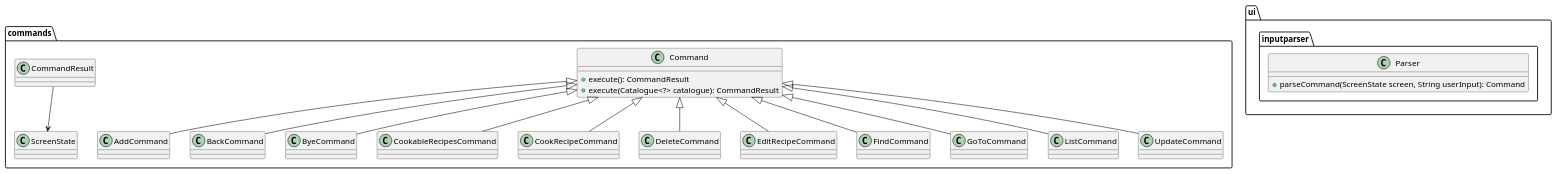
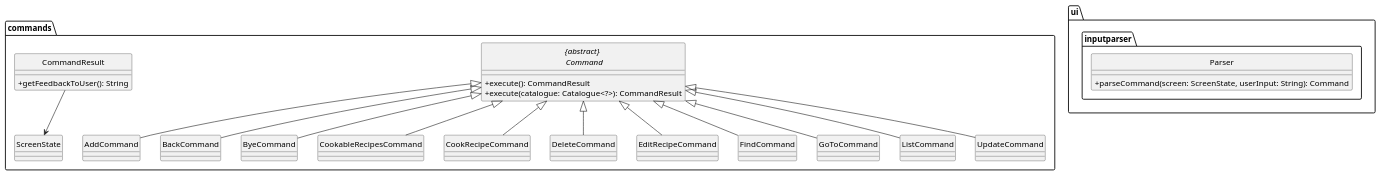
The diagram in docs/diagrams/logic.puml (ChingWhee/tp), drawn with PlantUML before and after one commit. The commit also changed 3 other files, not shown here.

Commit message:
Update DG UML diagrams

```diff
--- a/docs/diagrams/logic.puml
+++ b/docs/diagrams/logic.puml
@@ -1,26 +1,50 @@
 @startuml
+hide circle
+skinparam classAttributeIconSize 0
+
 package "commands" {
-    class Command {
-        +execute(): CommandResult
-        +execute(Catalogue<?> catalogue): CommandResult
+
+    abstract class "{abstract} \n Command" {
+        + execute(): CommandResult
+        + execute(catalogue: Catalogue<?>): CommandResult
     }
-    Command <|-- AddCommand
-    Command <|-- BackCommand
-    Command <|-- ByeCommand
-    Command <|-- CookableRecipesCommand
-    Command <|-- CookRecipeCommand
-    Command <|-- DeleteCommand
-    Command <|-- EditRecipeCommand
-    Command <|-- FindCommand
-    Command <|-- GoToCommand
-    Command <|-- ListCommand
-    Command <|-- UpdateCommand
+
+    class AddCommand
+    class BackCommand
+    class ByeCommand
+    class CookableRecipesCommand
+    class CookRecipeCommand
+    class DeleteCommand
+    class EditRecipeCommand
+    class FindCommand
+    class GoToCommand
+    class ListCommand
+    class UpdateCommand
+
+    "{abstract} \n Command" <|-- AddCommand
+    "{abstract} \n Command" <|-- BackCommand
+    "{abstract} \n Command" <|-- ByeCommand
+    "{abstract} \n Command" <|-- CookableRecipesCommand
+    "{abstract} \n Command" <|-- CookRecipeCommand
+    "{abstract} \n Command" <|-- DeleteCommand
+    "{abstract} \n Command" <|-- EditRecipeCommand
+    "{abstract} \n Command" <|-- FindCommand
+    "{abstract} \n Command" <|-- GoToCommand
+    "{abstract} \n Command" <|-- ListCommand
+    "{abstract} \n Command" <|-- UpdateCommand
+
+    class CommandResult {
+        + getFeedbackToUser(): String
+    }
+
+    class ScreenState
     CommandResult --> ScreenState
 }
 
 package "ui.inputparser" {
     class Parser {
-        +parseCommand(ScreenState screen, String userInput): Command
+        + parseCommand(screen: ScreenState, userInput: String): Command
     }
 }
+
 @enduml
```
